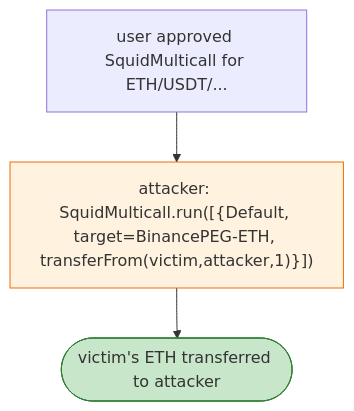
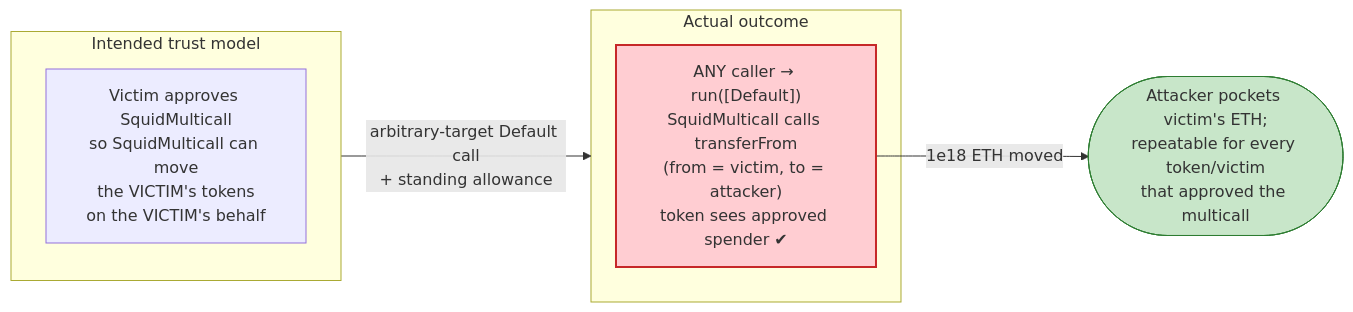
Before and after one commit to sanbir/evm-hack-registry: the fourth of 4 diagrams in 2026-04-SquidMulticallAllowanceDrain_exp/SquidMulticallAllowanceDrain_exp.md, drawn with Mermaid. The commit also changed other lines of this file and 32 other files, not shown here.

````diff
--- a/2026-04-SquidMulticallAllowanceDrain_exp/SquidMulticallAllowanceDrain_exp.md
+++ b/2026-04-SquidMulticallAllowanceDrain_exp/SquidMulticallAllowanceDrain_exp.md
@@ -38,8 +343,14 @@
 ```mermaid
-flowchart TD
-    U["user approved SquidMulticall for ETH/USDT/..."] --> R["attacker: SquidMulticall.run([{Default, target=BinancePEG-ETH, transferFrom(victim,attacker,1)}])"]
-    R --> OUT(["victim's ETH transferred to attacker"])
+flowchart LR
+    subgraph Intended["Intended trust model"]
+        I["Victim approves SquidMulticall<br/>so SquidMulticall can move<br/>the VICTIM's tokens<br/>on the VICTIM's behalf"]
+    end
+    subgraph Actual["Actual outcome"]
+        Aa["ANY caller → run([Default])<br/>SquidMulticall calls transferFrom<br/>(from = victim, to = attacker)<br/>token sees approved spender ✔"]
+    end
+    Intended -->|"arbitrary-target Default call<br/>+ standing allowance"| Actual
+    Aa -->|"1e18 ETH moved"| Drain(["Attacker pockets victim's ETH;<br/>repeatable for every token/victim<br/>that approved the multicall"])
 
-    style R fill:#fff3e0,stroke:#ef6c00
-    style OUT fill:#c8e6c9,stroke:#2e7d32
+    style Aa fill:#ffcdd2,stroke:#c62828,stroke-width:2px
+    style Drain fill:#c8e6c9,stroke:#2e7d32
 ```
````
